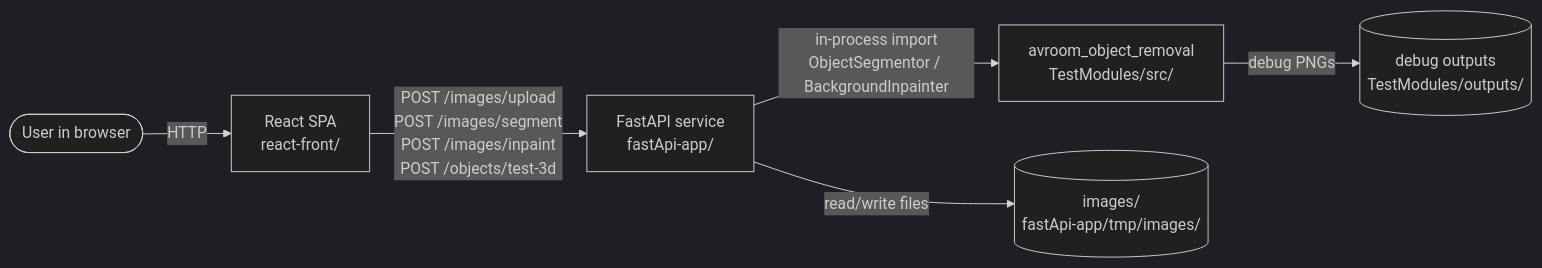
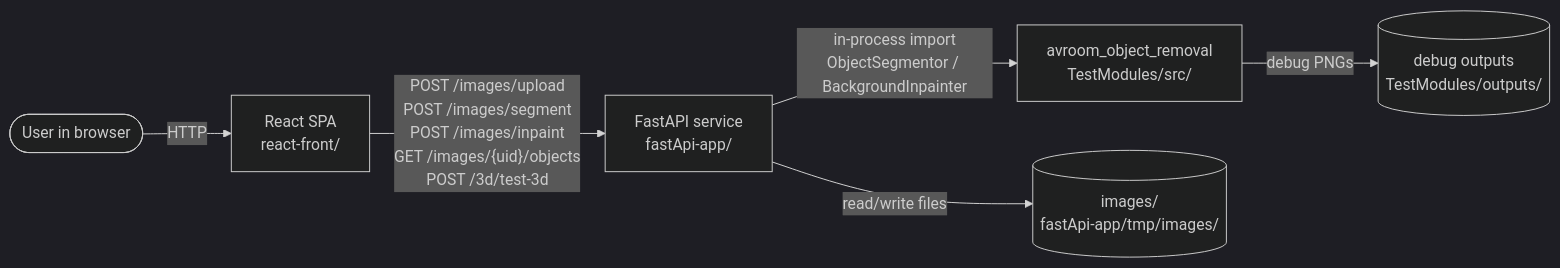
The diagram in docs/architecture.md (1mache/avroom), drawn with Mermaid (dark theme) before and after one commit. The commit also changed other lines of this file and 15 other files, not shown here.

````diff
--- a/docs/architecture.md
+++ b/docs/architecture.md
@@ -7,15 +7,15 @@
 ```mermaid
 flowchart LR
     user(["User in browser"])
     spa["React SPA<br/>react-front/"]
     api["FastAPI service<br/>fastApi-app/"]
     pipeline["avroom_object_removal<br/>TestModules/src/"]
     storage[("images/<br/>fastApi-app/tmp/images/")]
     outputs[("debug outputs<br/>TestModules/outputs/")]
 
     user -->|HTTP| spa
-    spa -->|"POST /images/upload<br/>POST /images/segment<br/>POST /images/inpaint<br/>POST /objects/test-3d"| api
+    spa -->|"POST /images/upload<br/>POST /images/segment<br/>POST /images/inpaint<br/>GET /images/{uid}/objects<br/>POST /3d/test-3d"| api
     api -->|read/write files| storage
     api -->|"in-process import<br/>ObjectSegmentor / BackgroundInpainter"| pipeline
     pipeline -->|debug PNGs| outputs
 ```
````
